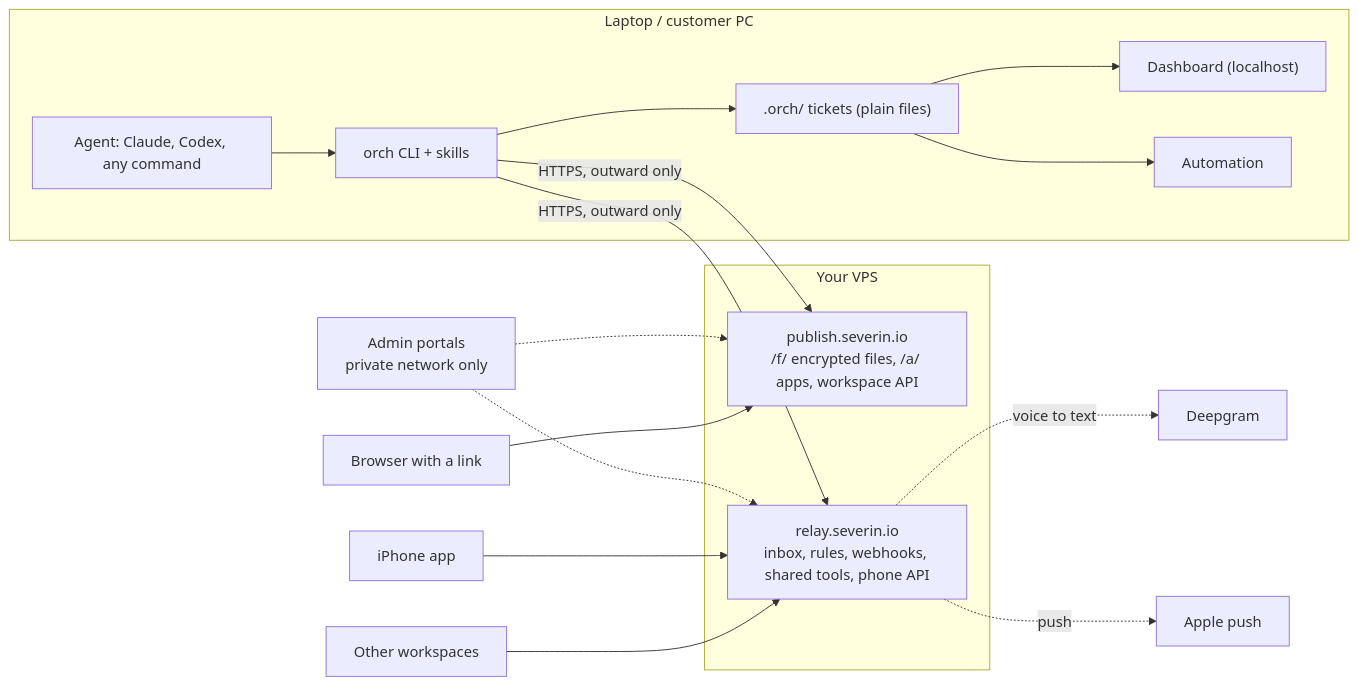
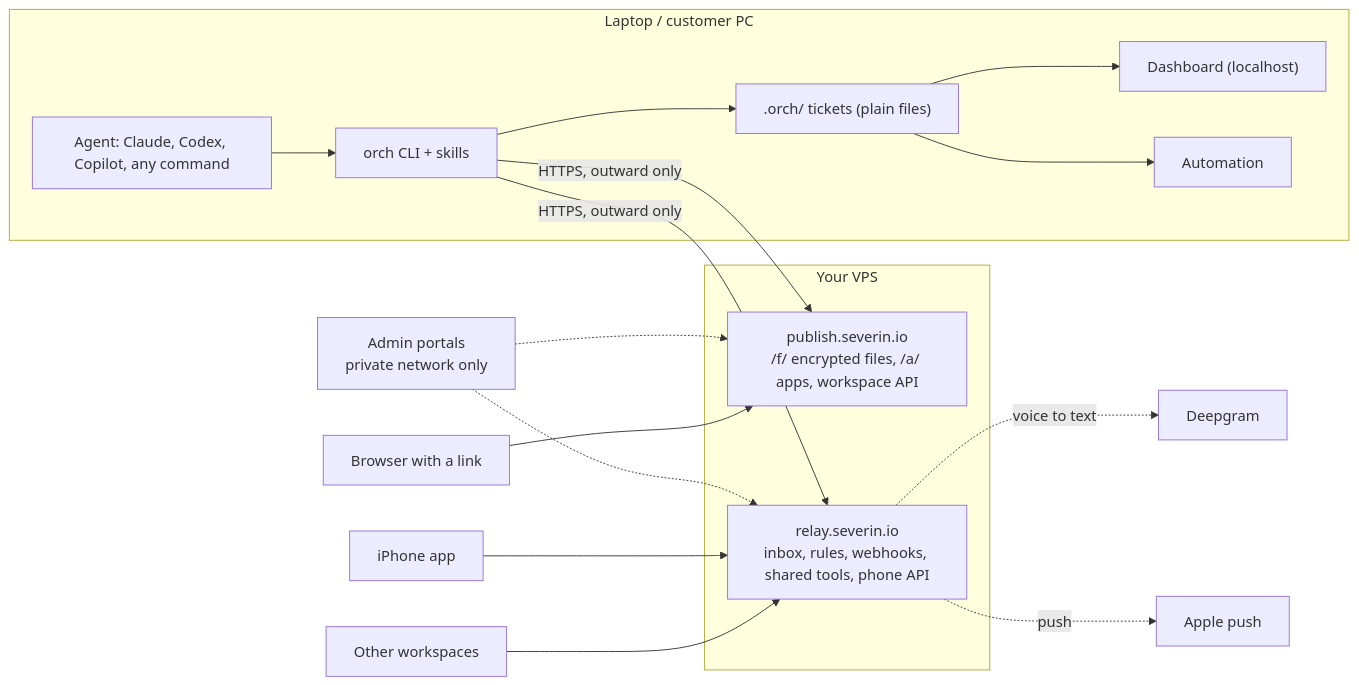
Before and after one commit to severinlindenmann/orch: the diagram in README.md, drawn with Mermaid. The commit also changed other lines of this file and 9 other files, not shown here.

First line of the commit message:
Copilot CLI as a built-in helper tool next to Claude and Codex (ORCH-1843)

````diff
--- a/README.md
+++ b/README.md
@@ -44,22 +44,22 @@
 ```mermaid
 flowchart LR
   subgraph PC["Laptop / customer PC"]
-    AG["Agent: Claude, Codex, any command"] --> CLI["orch CLI + skills"]
+    AG["Agent: Claude, Codex, Copilot, any command"] --> CLI["orch CLI + skills"]
     CLI --> FILES[".orch/ tickets (plain files)"]
     FILES --> DASH["Dashboard (localhost)"]
     FILES --> SCHED["Automation"]
   end
   subgraph VPS["Your VPS"]
     PUB["publish.severin.io<br/>/f/ encrypted files, /a/ apps, workspace API"]
     REL["relay.severin.io<br/>inbox, rules, webhooks, shared tools, phone API"]
   end
   CLI -- "HTTPS, outward only" --> PUB
   CLI -- "HTTPS, outward only" --> REL
   BR["Browser with a link"] --> PUB
   OTHER["Other workspaces"] --> REL
   PHONE["iPhone app"] --> REL
   REL -. "voice to text" .-> DG["Deepgram"]
   REL -. "push" .-> APNS["Apple push"]
   ADMIN["Admin portals<br/>private network only"] -.-> PUB
   ADMIN -.-> REL
 ```
````
